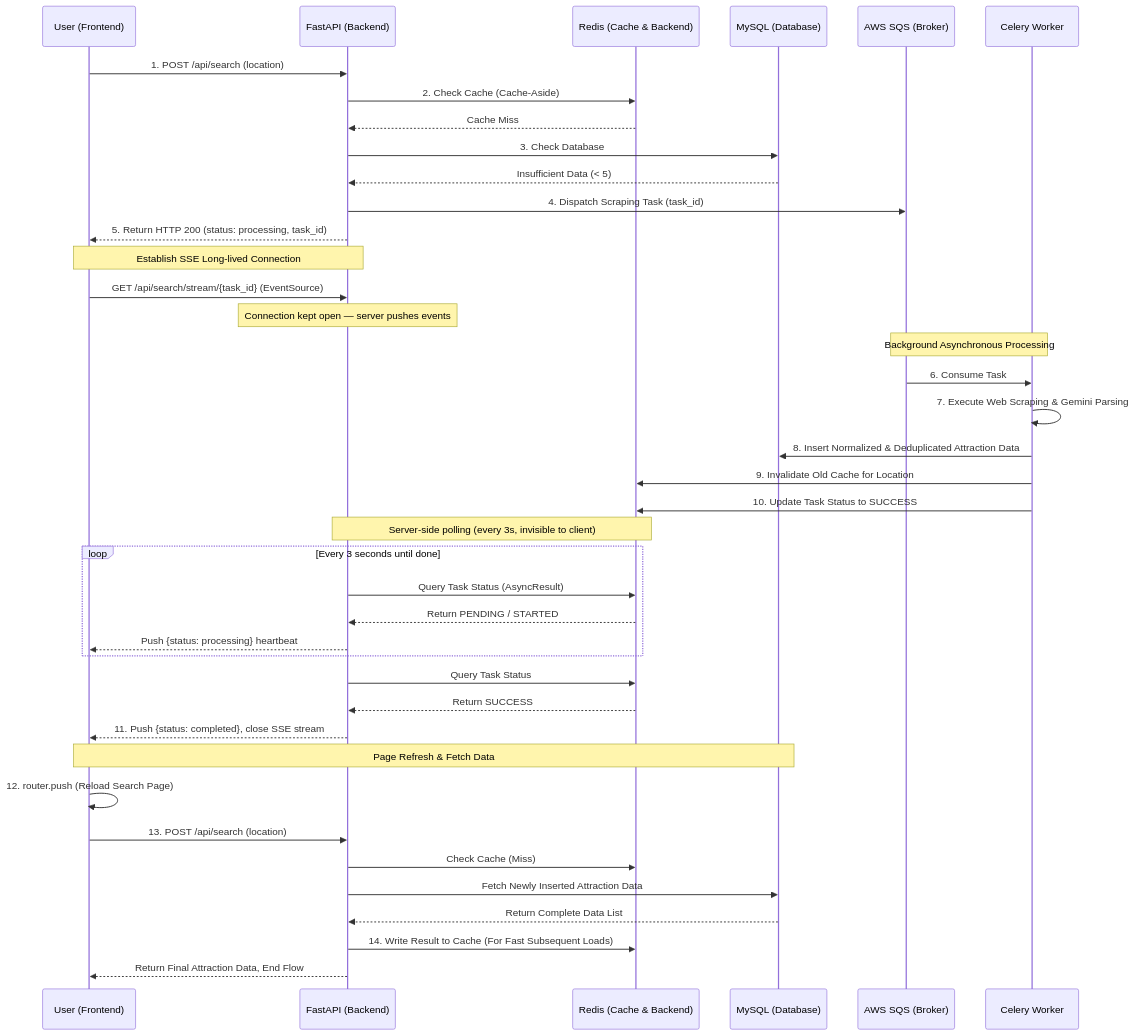
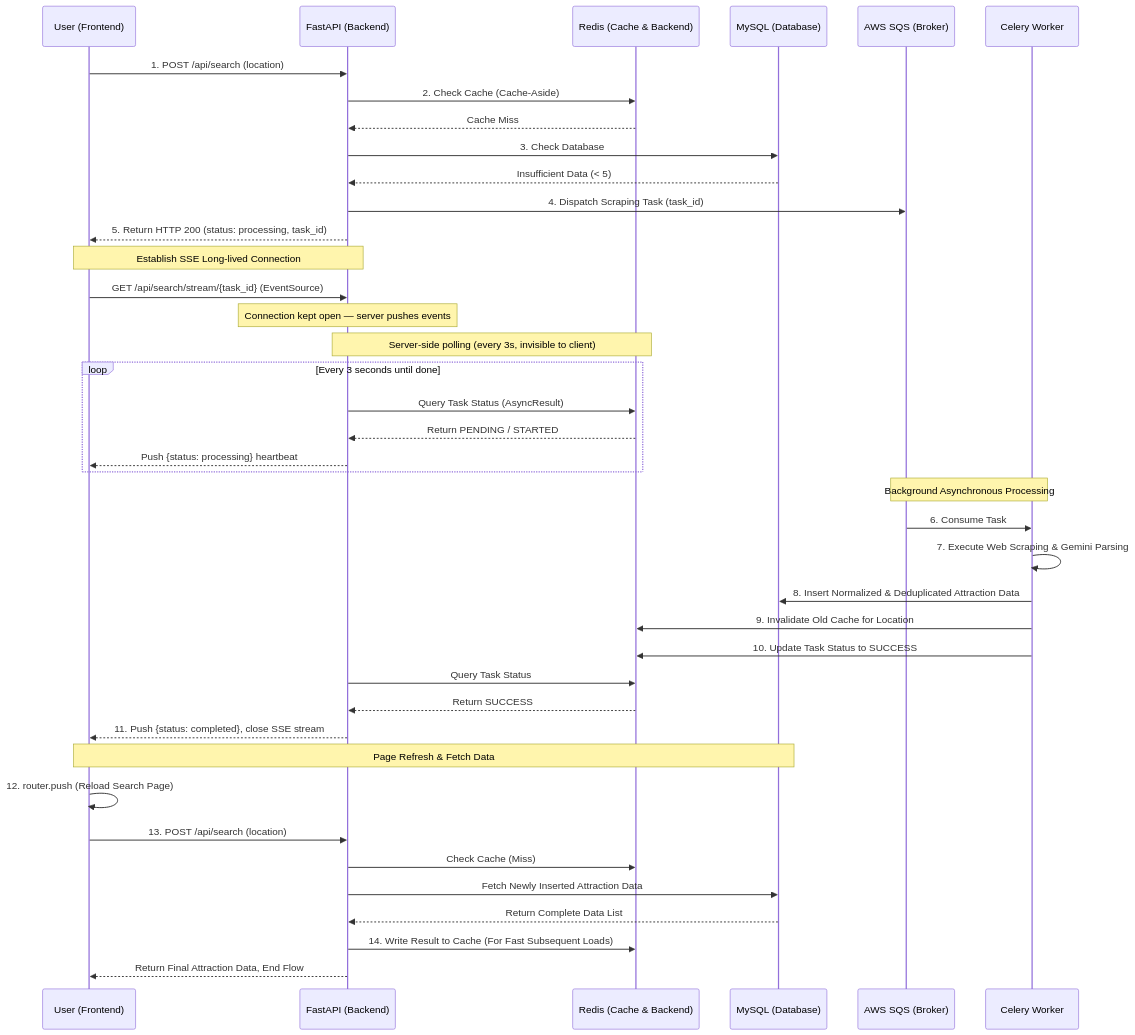
The first of 2 diagrams in README.md (LINKUANYU/easy-travel-scheduler), drawn with Mermaid before and after one commit. The commit also changed other lines of this file, not shown here.

````diff
--- a/README.md
+++ b/README.md
@@ -59,48 +59,48 @@
 ```mermaid
 sequenceDiagram
     participant U as User (Frontend)
     participant F as FastAPI (Backend)
     participant R as Redis (Cache & Backend)
     participant DB as MySQL (Database)
     participant SQS as AWS SQS (Broker)
     participant W as Celery Worker
 
     U->>F: 1. POST /api/search (location)
     F->>R: 2. Check Cache (Cache-Aside)
     R-->>F: Cache Miss
     F->>DB: 3. Check Database
     DB-->>F: Insufficient Data (< 5)
     F->>SQS: 4. Dispatch Scraping Task (task_id)
     F-->>U: 5. Return HTTP 200 (status: processing, task_id)
 
     note over U,F: Establish SSE Long-lived Connection
     U->>F: GET /api/search/stream/{task_id} (EventSource)
     note over F: Connection kept open — server pushes events
 
+    note over F,R: Server-side polling (every 3s, invisible to client)
+    loop Every 3 seconds until done
+        F->>R: Query Task Status (AsyncResult)
+        R-->>F: Return PENDING / STARTED
+        F-->>U: Push {status: processing} heartbeat
+    end
+
     note over SQS,W: Background Asynchronous Processing
     SQS->>W: 6. Consume Task
     W->>W: 7. Execute Web Scraping & Gemini Parsing
     W->>DB: 8. Insert Normalized & Deduplicated Attraction Data
     W->>R: 9. Invalidate Old Cache for Location
     W->>R: 10. Update Task Status to SUCCESS
-
-    note over F,R: Server-side polling (every 3s, invisible to client)
-    loop Every 3 seconds until done
-        F->>R: Query Task Status (AsyncResult)
-        R-->>F: Return PENDING / STARTED
-        F-->>U: Push {status: processing} heartbeat
-    end
 
     F->>R: Query Task Status
     R-->>F: Return SUCCESS
     F-->>U: 11. Push {status: completed}, close SSE stream
 
     note over U,DB: Page Refresh & Fetch Data
     U->>U: 12. router.push (Reload Search Page)
     U->>F: 13. POST /api/search (location)
     F->>R: Check Cache (Miss)
     F->>DB: Fetch Newly Inserted Attraction Data
     DB-->>F: Return Complete Data List
     F->>R: 14. Write Result to Cache (For Fast Subsequent Loads)
     F-->>U: Return Final Attraction Data, End Flow
 ```
````
